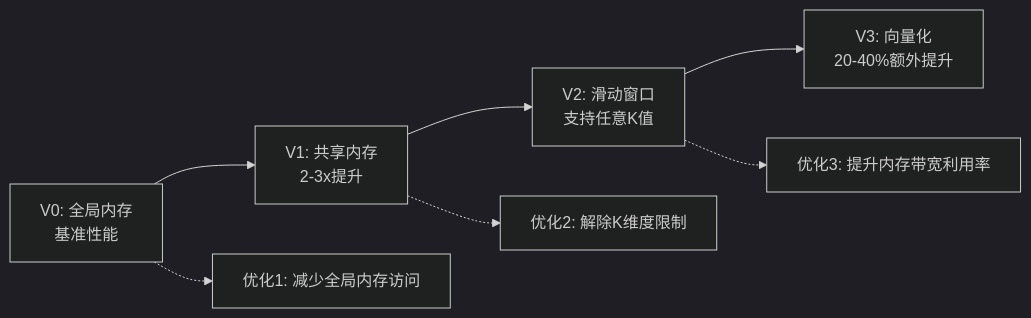
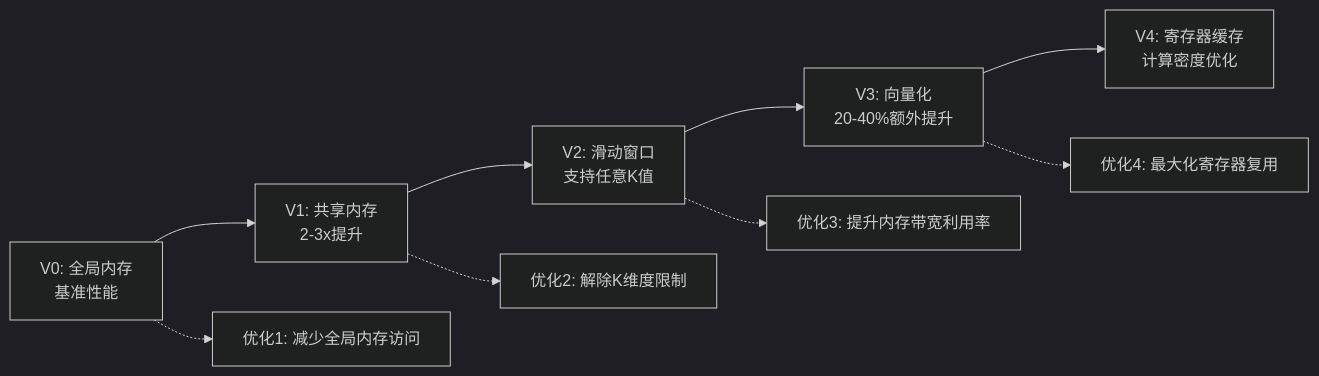
Before and after one commit to maxiaosong1124/cuda_pratise: the first of 2 diagrams in 2_sgemm/README.md, drawn with Mermaid (dark theme). The commit also changed other lines of this file and 3 other files, not shown here.

````diff
--- a/2_sgemm/README.md
+++ b/2_sgemm/README.md
@@ -16,10 +17,12 @@
 ```mermaid
 graph LR
     V0[V0: 全局内存<br/>基准性能] --> V1[V1: 共享内存<br/>2-3x提升]
     V1 --> V2[V2: 滑动窗口<br/>支持任意K值]
     V2 --> V3[V3: 向量化<br/>20-40%额外提升]
+    V3 --> V4[V4: 寄存器缓存<br/>计算密度优化]
     
     V0 -.-> OPT1[优化1: 减少全局内存访问]
     V1 -.-> OPT2[优化2: 解除K维度限制]
     V2 -.-> OPT3[优化3: 提升内存带宽利用率]
+    V3 -.-> OPT4[优化4: 最大化寄存器复用]
 ```
````
